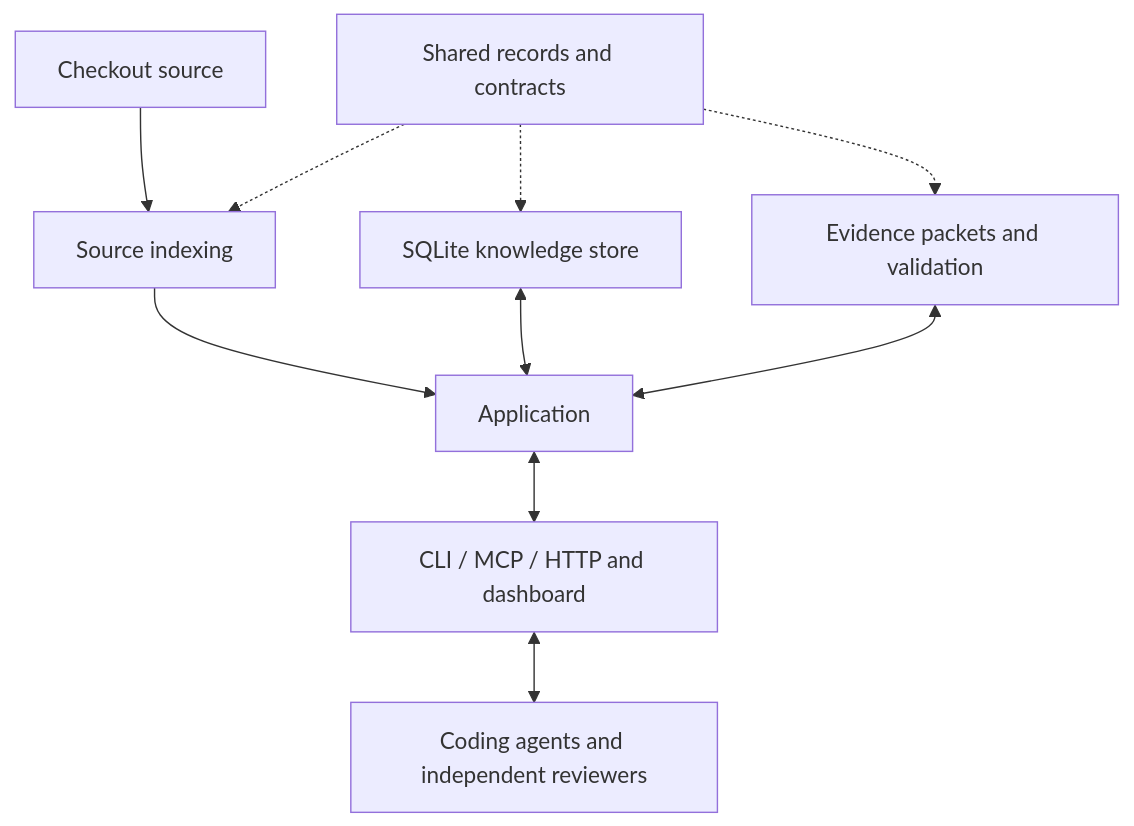
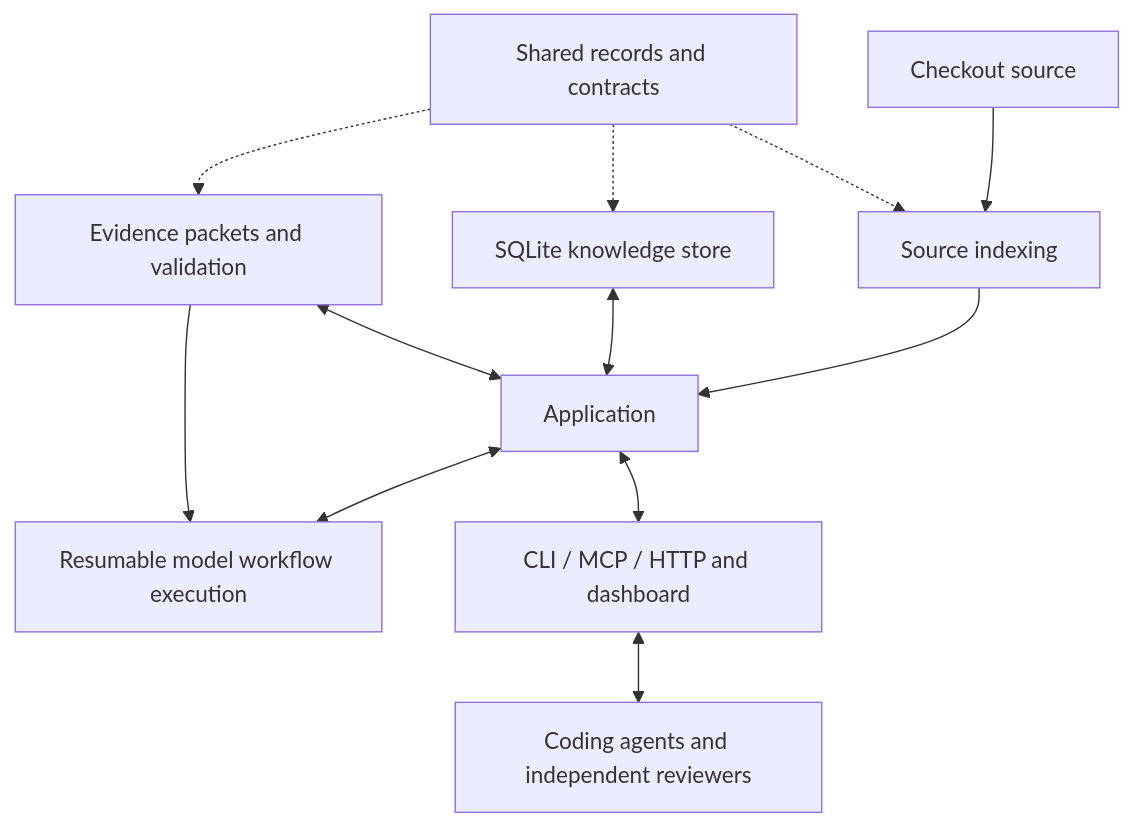
The diagram in docs/architecture.md (hcekne/anaxigraph-v2), drawn with Mermaid before and after one commit. The commit also changed other lines of this file and 39 other files, not shown here.

````diff
--- a/docs/architecture.md
+++ b/docs/architecture.md
@@ -21,12 +21,14 @@
 ```mermaid
 flowchart TB
     Source[Checkout source] --> Indexing[Source indexing]
     Contracts[Shared records and contracts] -.-> Indexing
     Contracts -.-> Storage[SQLite knowledge store]
     Contracts -.-> Analysis[Evidence packets and validation]
     Indexing --> App[Application]
     Storage <--> App
     Analysis <--> App
+    App <--> Execution[Resumable model workflow execution]
+    Analysis --> Execution
     App <--> Interfaces[CLI / MCP / HTTP and dashboard]
     Interfaces <--> Agents[Coding agents and independent reviewers]
 ```
````
